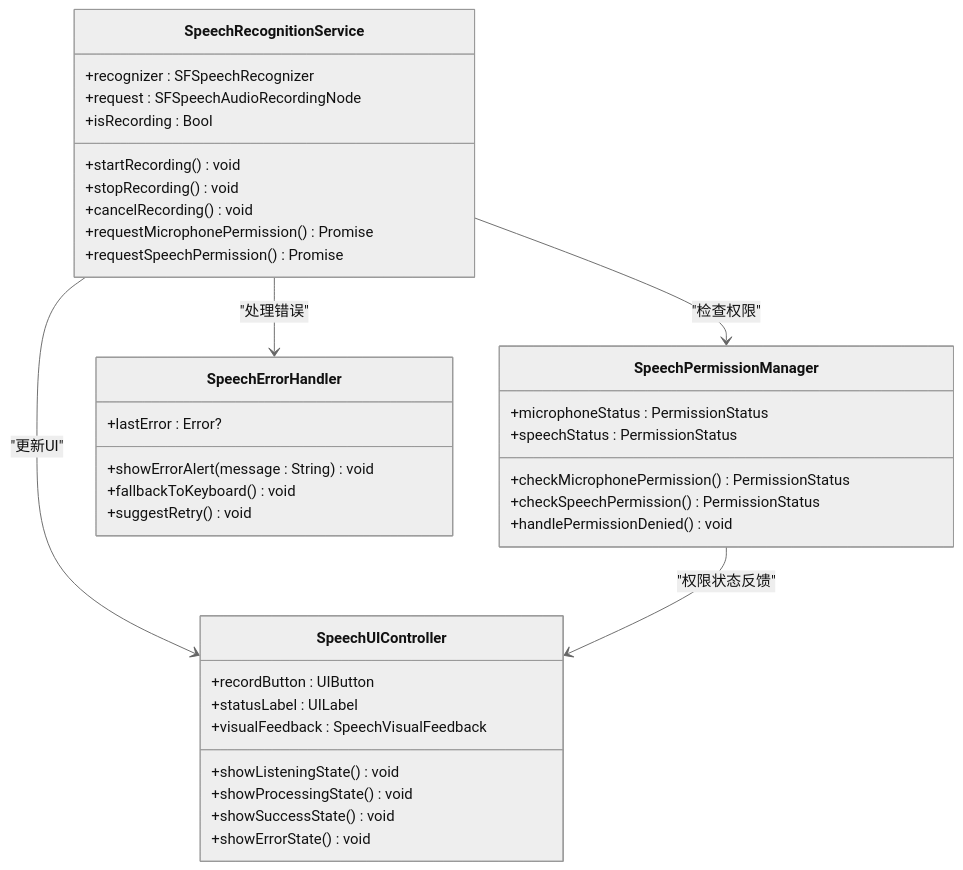
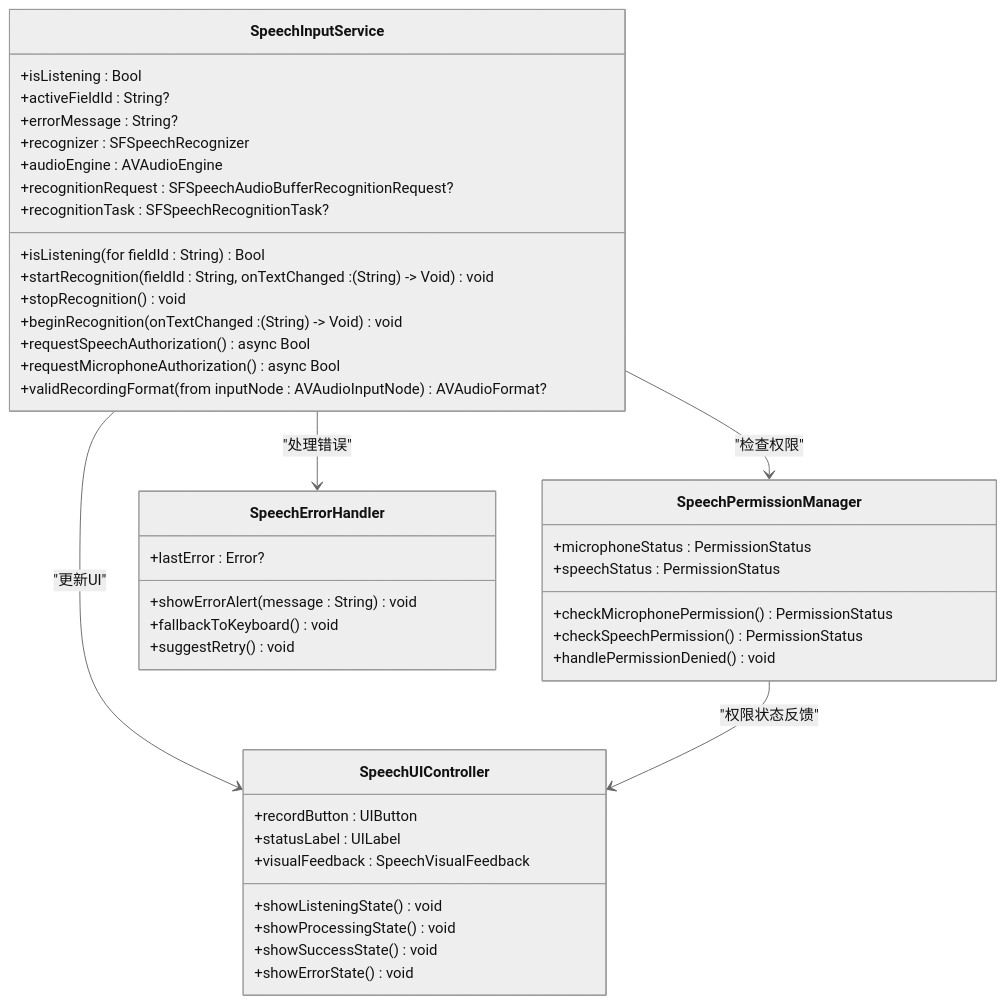
Before and after one commit to Jayden23018/blind-run-ios: the third of 7 diagrams in .qoder/repowiki/zh/content/开发指南/编码规范与最佳实践/无障碍开发规范/语音输入集成.md, drawn with Mermaid (neutral theme). The commit also changed other lines of this file and 14 other files, not shown here.

Commit message:
Improve blind runner booking map and speech input flows

````diff
--- a/.qoder/repowiki/zh/content/开发指南/编码规范与最佳实践/无障碍开发规范/语音输入集成.md
+++ b/.qoder/repowiki/zh/content/开发指南/编码规范与最佳实践/无障碍开发规范/语音输入集成.md
@@ -135,39 +150,45 @@
 ```mermaid
 classDiagram
-class SpeechRecognitionService {
+class SpeechInputService {
++isListening : Bool
++activeFieldId : String?
++errorMessage : String?
 +recognizer : SFSpeechRecognizer
-+request : SFSpeechAudioRecordingNode
-+isRecording : Bool
-+startRecording() void
-+stopRecording() void
-+cancelRecording() void
-+requestMicrophonePermission() Promise
-+requestSpeechPermission() Promise
++audioEngine : AVAudioEngine
++recognitionRequest : SFSpeechAudioBufferRecognitionRequest?
++recognitionTask : SFSpeechRecognitionTask?
++isListening(for fieldId : String) Bool
++startRecognition(fieldId : String, onTextChanged : (String) -> Void) void
++stopRecognition() void
++beginRecognition(onTextChanged : (String) -> Void) void
++requestSpeechAuthorization() async Bool
++requestMicrophoneAuthorization() async Bool
++validRecordingFormat(from inputNode : AVAudioInputNode) AVAudioFormat?
 }
 class SpeechPermissionManager {
 +microphoneStatus : PermissionStatus
 +speechStatus : PermissionStatus
 +checkMicrophonePermission() PermissionStatus
 +checkSpeechPermission() PermissionStatus
 +handlePermissionDenied() void
 }
 class SpeechErrorHandler {
 +lastError : Error?
 +showErrorAlert(message : String) void
 +fallbackToKeyboard() void
 +suggestRetry() void
 }
 class SpeechUIController {
 +recordButton : UIButton
 +statusLabel : UILabel
 +visualFeedback : SpeechVisualFeedback
 +showListeningState() void
 +showProcessingState() void
 +showSuccessState() void
 +showErrorState() void
 }
-SpeechRecognitionService --> SpeechPermissionManager : "检查权限"
-SpeechRecognitionService --> SpeechErrorHandler : "处理错误"
-SpeechRecognitionService --> SpeechUIController : "更新UI"
+SpeechInputService --> SpeechPermissionManager : "检查权限"
+SpeechInputService --> SpeechErrorHandler : "处理错误"
+SpeechInputService --> SpeechUIController : "更新UI"
 SpeechPermissionManager --> SpeechUIController : "权限状态反馈"
 ```
````
